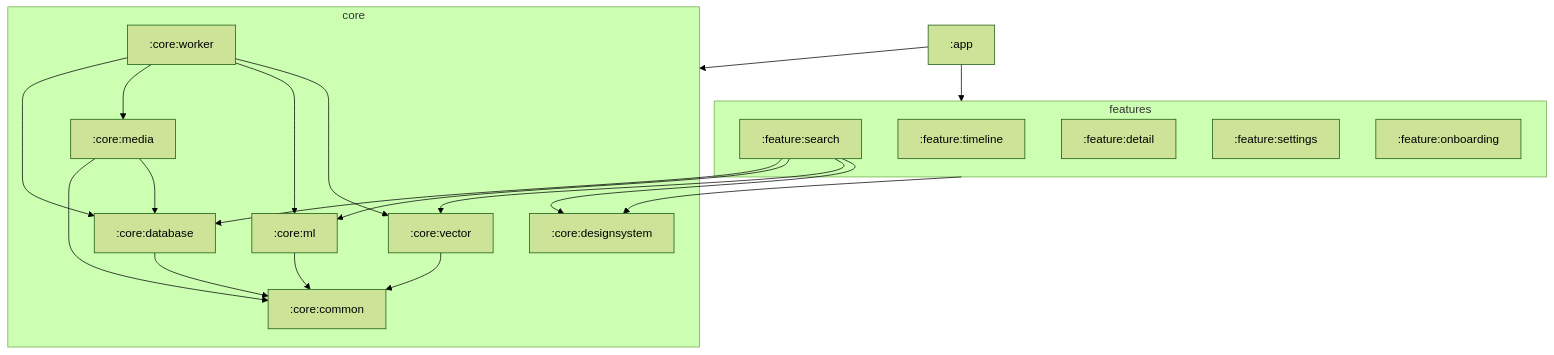
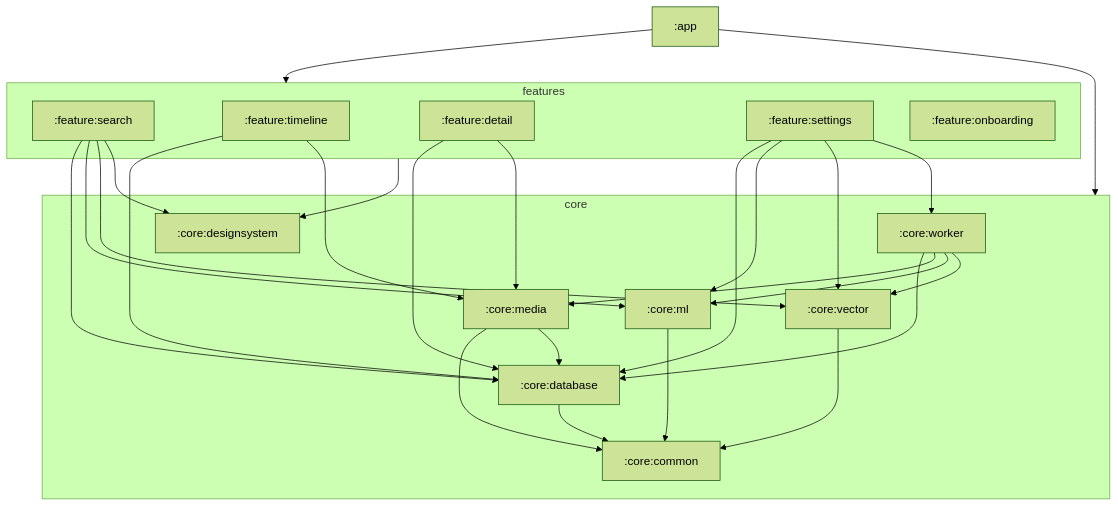
Before and after one commit to Fr4lzeN/Recall: the diagram in README.md, drawn with Mermaid (forest theme). The commit also changed other lines of this file and 3 other files, not shown here.

Commit message:
Phase 11 - Documentation Agent: add README, architecture docs, and update project state

````diff
--- a/README.md
+++ b/README.md
@@ -22,36 +22,44 @@
 ```mermaid
 flowchart TB
     app[:app]
     subgraph features
         search[:feature:search]
         timeline[:feature:timeline]
         detail[:feature:detail]
         settings[:feature:settings]
         onboarding[:feature:onboarding]
     end
     subgraph core
         common[:core:common]
         database[:core:database]
         designsystem[:core:designsystem]
         media[:core:media]
         ml[:core:ml]
         vector[:core:vector]
         worker[:core:worker]
     end
     app --> features
     app --> core
     search --> database
     search --> ml
     search --> vector
     search --> designsystem
+    timeline --> database
+    timeline --> media
+    detail --> database
+    detail --> media
+    settings --> database
+    settings --> ml
+    settings --> vector
+    settings --> worker
     worker --> database
     worker --> media
     worker --> ml
     worker --> vector
     media --> common
     media --> database
     ml --> common
     vector --> common
     database --> common
     features --> designsystem
 ```
````
